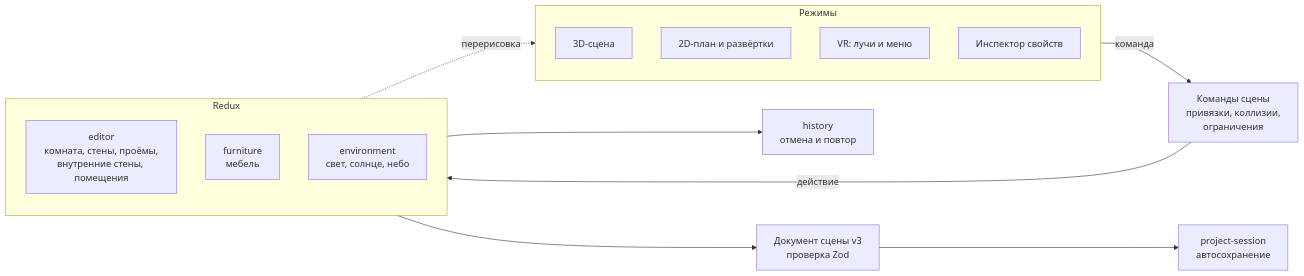
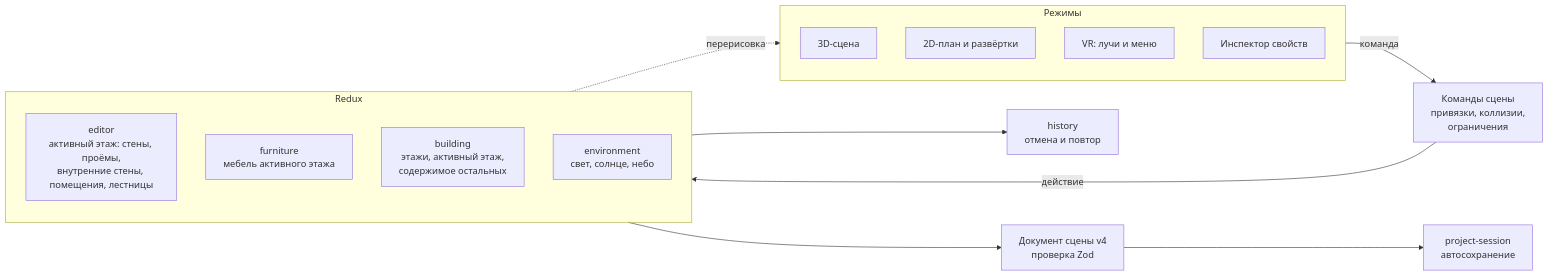
The fourth of 12 diagrams in README.md (execada/VRHomeConstruction), drawn with Mermaid before and after one commit. The commit also changed other lines of this file and 4 other files, not shown here.

````diff
--- a/README.md
+++ b/README.md
@@ -163,28 +180,29 @@
 ```mermaid
 flowchart LR
     subgraph views["Режимы"]
         direction TB
         v3d["3D-сцена"]
         v2d["2D-план и развёртки"]
         vr["VR: лучи и меню"]
         inspector["Инспектор свойств"]
     end
 
     commands["Команды сцены<br/>привязки, коллизии,<br/>ограничения"]
 
     subgraph state["Redux"]
         direction TB
-        editor["editor<br/>комната, стены, проёмы,<br/>внутренние стены, помещения"]
-        furniture["furniture<br/>мебель"]
+        editor["editor<br/>активный этаж: стены, проёмы,<br/>внутренние стены, помещения, лестницы"]
+        furniture["furniture<br/>мебель активного этажа"]
+        building["building<br/>этажи, активный этаж,<br/>содержимое остальных"]
         environment["environment<br/>свет, солнце, небо"]
     end
 
     history["history<br/>отмена и повтор"]
-    doc["Документ сцены v3<br/>проверка Zod"]
+    doc["Документ сцены v4<br/>проверка Zod"]
     session["project-session<br/>автосохранение"]
 
     views -->|"команда"| commands -->|"действие"| state
     state -.->|"перерисовка"| views
     state --> history
     state --> doc --> session
 ```
````
